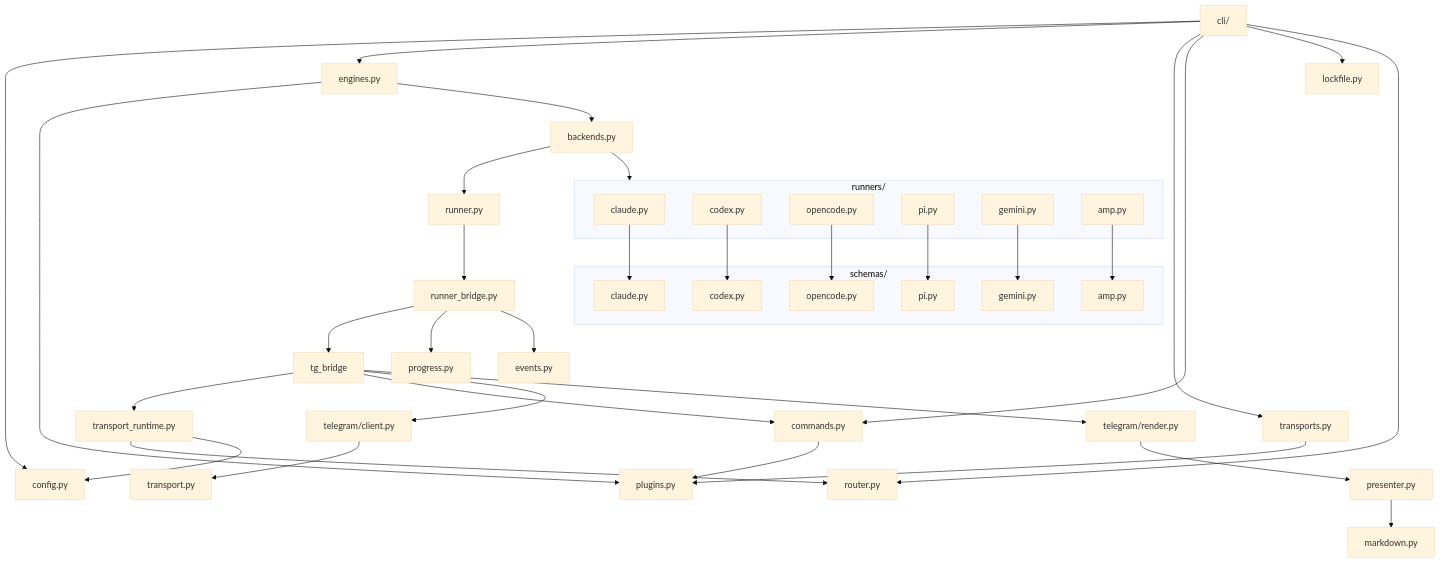
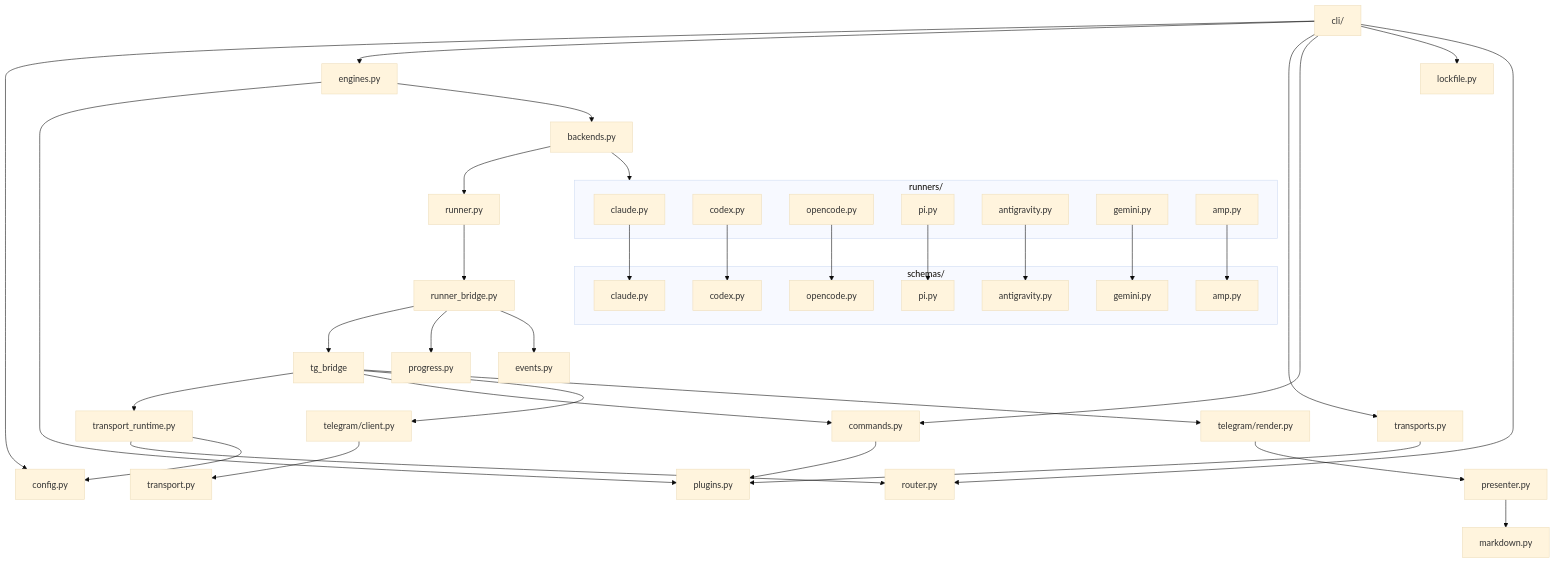
The seventh of 9 diagrams in docs/explanation/architecture.md (littlebearapps/untether), drawn with Mermaid (base theme) before and after one commit. The commit also changed other lines of this file and 21 other files, not shown here.

````diff
--- a/docs/explanation/architecture.md
+++ b/docs/explanation/architecture.md
@@ -316,62 +318,65 @@
 ```mermaid
 flowchart TD
     cli[cli/] --> config[config.py]
     cli --> engines[engines.py]
     cli --> transports[transports.py]
     cli --> commands[commands.py]
     cli --> lockfile[lockfile.py]
 
     engines --> plugins[plugins.py]
     transports --> plugins
     commands --> plugins
 
     engines --> backends[backends.py]
 
     backends --> runners[runners/]
     backends --> runner[runner.py]
 
     subgraph runners[runners/]
         claude[claude.py]
         codex[codex.py]
         opencode[opencode.py]
         pi[pi.py]
+        antigravity[antigravity.py]
         gemini[gemini.py]
         amp[amp.py]
     end
 
     subgraph schemas[schemas/]
         claude_s[claude.py]
         codex_s[codex.py]
         opencode_s[opencode.py]
         pi_s[pi.py]
+        antigravity_s[antigravity.py]
         gemini_s[gemini.py]
         amp_s[amp.py]
     end
 
     claude --> claude_s
     codex --> codex_s
     opencode --> opencode_s
     pi --> pi_s
+    antigravity --> antigravity_s
     gemini --> gemini_s
     amp --> amp_s
 
     cli --> router[router.py]
     tg_bridge --> runtime[transport_runtime.py]
     runtime --> router
     runtime --> config
     tg_bridge --> commands
 
     runner --> runner_bridge[runner_bridge.py]
     runner_bridge --> tg_bridge
 
     tg_bridge --> client[telegram/client.py]
     tg_bridge --> render[telegram/render.py]
 
     client --> transport[transport.py]
 
     runner_bridge --> progress[progress.py]
     runner_bridge --> events[events.py]
 
     render --> presenter[presenter.py]
     presenter --> markdown[markdown.py]
 ```
````
